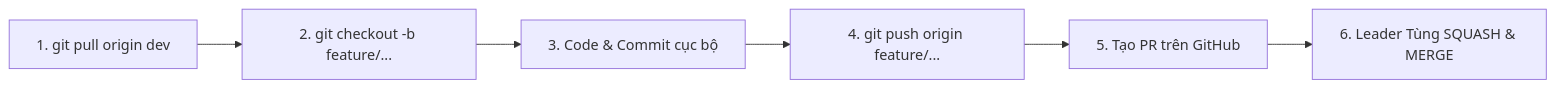
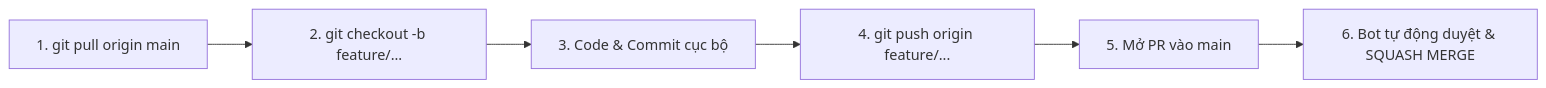
Before and after one commit to Tung-pro123/Smart-StudyHub-RAG: the diagram in docs/02-git-workflow.md, drawn with Mermaid. The commit also changed other lines of this file and 1 other file, not shown here.

Commit message:
chore(workflow): toi uu quy trinh git flow tinh gon tap trung duy nhat vao nhanh main

````diff
--- a/docs/02-git-workflow.md
+++ b/docs/02-git-workflow.md
@@ -99,8 +99,8 @@
 ```mermaid
 graph LR
-    A["1. git pull origin dev"] --> B["2. git checkout -b feature/..."]
+    A["1. git pull origin main"] --> B["2. git checkout -b feature/..."]
     B --> C["3. Code & Commit cục bộ"]
     C --> D["4. git push origin feature/..."]
-    D --> E["5. Tạo PR trên GitHub"]
-    E --> F["6. Leader Tùng SQUASH & MERGE"]
+    D --> E["5. Mở PR vào main"]
+    E --> F["6. Bot tự động duyệt & SQUASH MERGE"]
 ```
````
